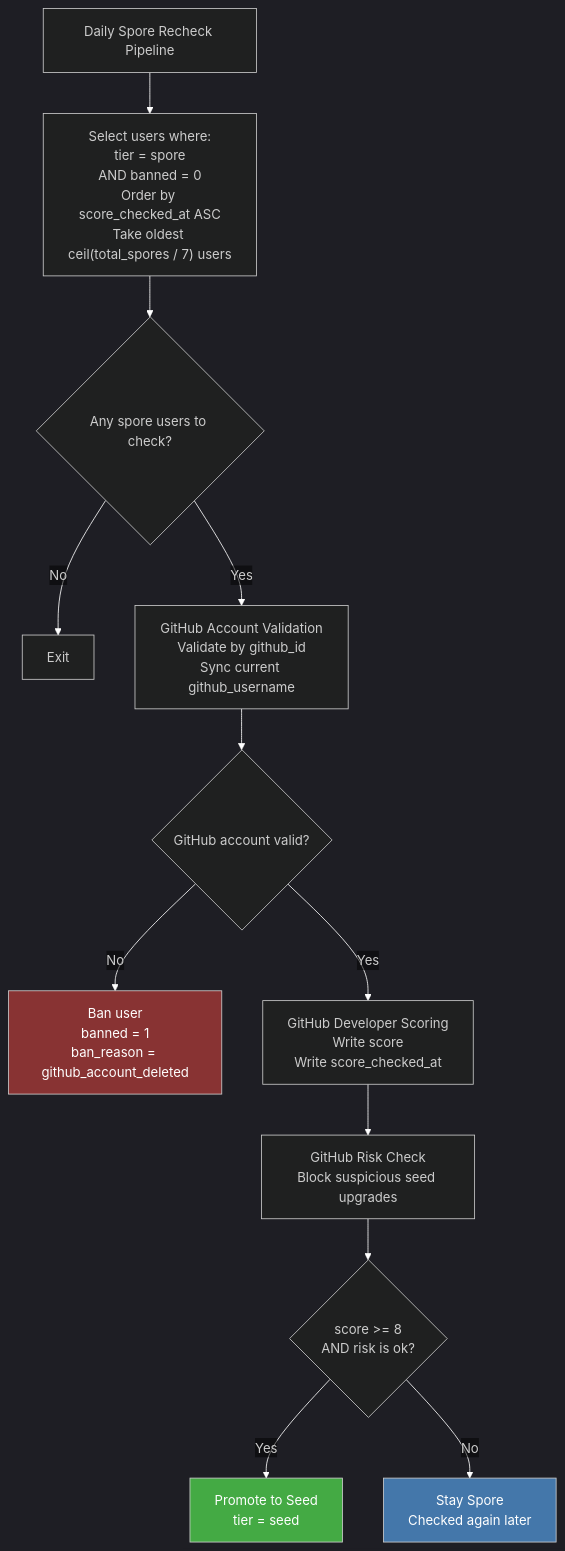
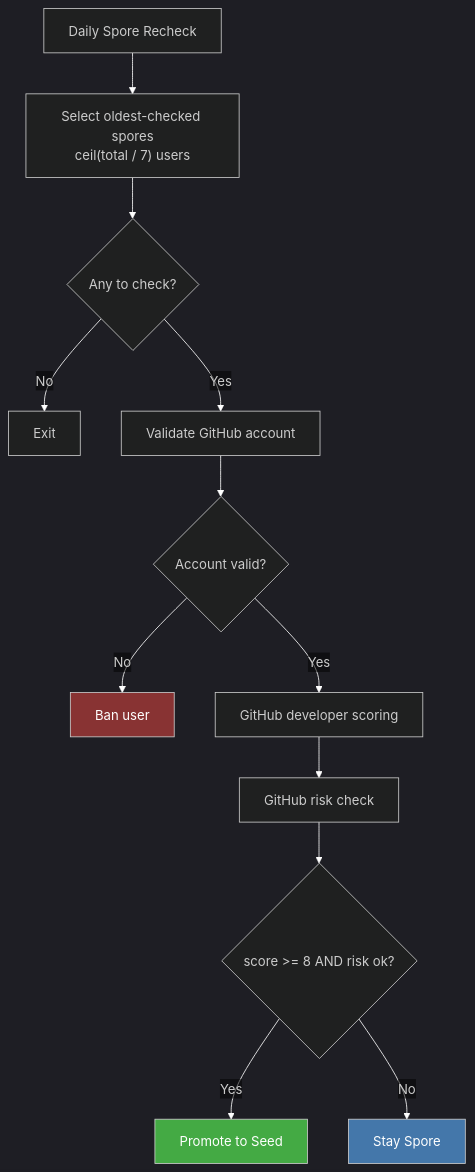
The second of 2 diagrams in enter.pollinations.ai/scripts/user-pipeline/README.md (pollinations/pollinations), drawn with Mermaid before and after one commit. The commit also changed other lines of this file and 21 other files, not shown here.

First line of the commit message:
simplify: consolidate user pipeline, convert Python to TypeScript

````diff
--- a/enter.pollinations.ai/scripts/user-pipeline/README.md
+++ b/enter.pollinations.ai/scripts/user-pipeline/README.md
@@ -138,37 +91,24 @@
 ```mermaid
 %%{init: {'theme': 'dark', 'themeVariables': {'lineColor': '#ffffff', 'edgeLabelBackground': 'transparent'}}}%%
 flowchart TD
-    A["Daily Spore Recheck Pipeline"] --> B["Select users where:
-tier = spore
-AND banned = 0
-Order by score_checked_at ASC
-Take oldest ceil(total_spores / 7) users"]
+    A["Daily Spore Recheck"] --> B["Select oldest-checked spores
+ceil(total / 7) users"]
 
-    B --> C{"Any spore users to check?"}
+    B --> C{"Any to check?"}
     C -->|No| D["Exit"]
-    C -->|Yes| E["GitHub Account Validation
-Validate by github_id
-Sync current github_username"]
+    C -->|Yes| E["Validate GitHub account"]
 
-    E --> F{"GitHub account valid?"}
-    F -->|No| G["Ban user
-banned = 1
-ban_reason = github_account_deleted"]
-    F -->|Yes| H["GitHub Developer Scoring
-Write score
-Write score_checked_at"]
+    E --> F{"Account valid?"}
+    F -->|No| G["Ban user"]
+    F -->|Yes| H["GitHub developer scoring"]
 
-    H --> I["GitHub Risk Check
-Block suspicious seed upgrades"]
+    H --> I["GitHub risk check"]
 
-    I --> J{"score >= 8
-AND risk is ok?"}
-    J -->|Yes| K["Promote to Seed
-tier = seed"]
-    J -->|No| L["Stay Spore
-Checked again later"]
+    I --> J{"score >= 8 AND risk ok?"}
+    J -->|Yes| K["Promote to Seed"]
+    J -->|No| L["Stay Spore"]
 
     style G fill:#833,color:#fff
     style L fill:#47a,color:#fff
     style K fill:#4a4,color:#fff
 ```
````
